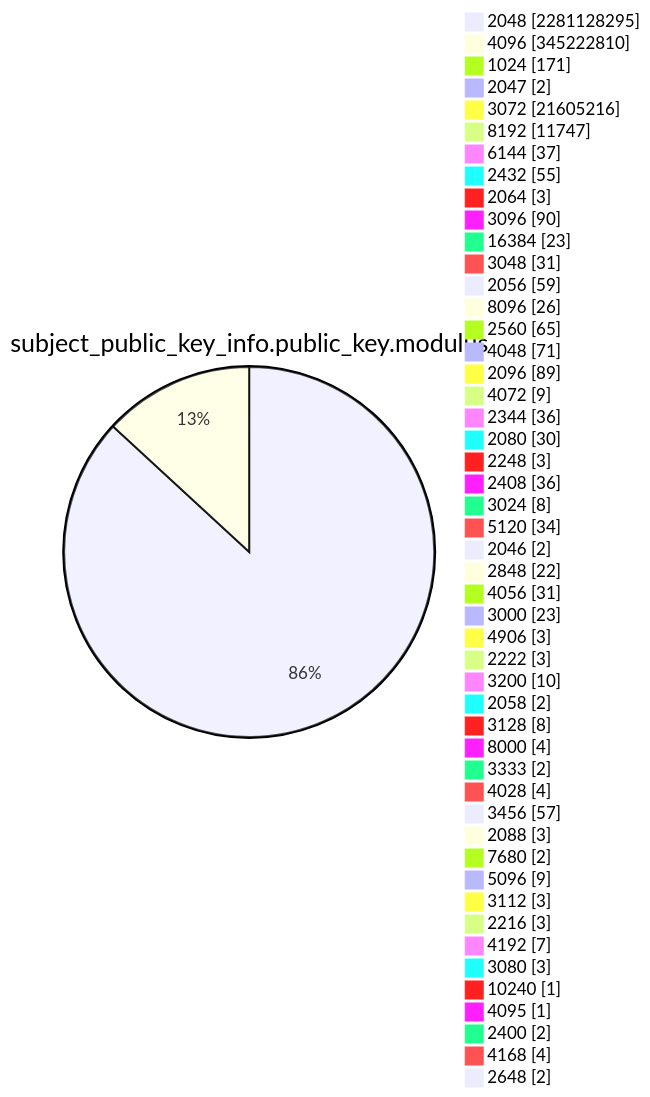
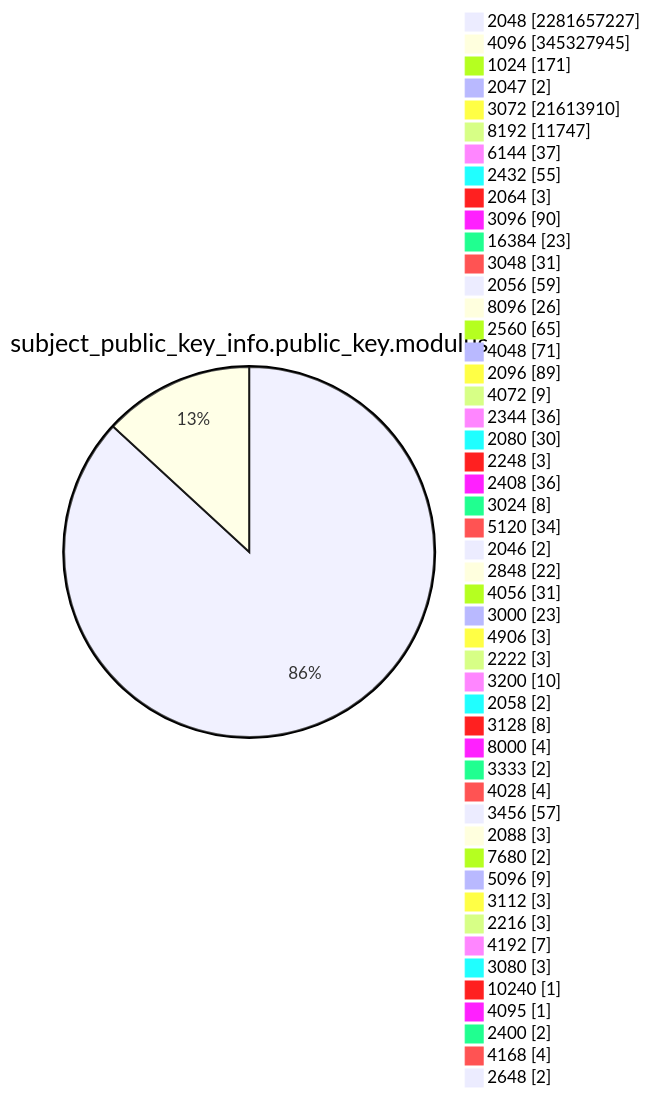
Diagram 13 of 15 in TOTAL/README.md (christiankrug/ctmonitor_visualization), drawn with Mermaid before and after one commit. The commit also changed other lines of this file, not shown here.

````diff
--- a/TOTAL/README.md
+++ b/TOTAL/README.md
@@ -4165,53 +4165,53 @@
 ```mermaid
 pie showData
 title subject_public_key_info.public_key.modulus
-"2048" :2281128295
-"4096" :345222810
+"2048" :2281657227
+"4096" :345327945
 "1024" :171
 "2047" :2
-"3072" :21605216
+"3072" :21613910
 "8192" :11747
 "6144" :37
 "2432" :55
 "2064" :3
 "3096" :90
 "16384" :23
 "3048" :31
 "2056" :59
 "8096" :26
 "2560" :65
 "4048" :71
 "2096" :89
 "4072" :9
 "2344" :36
 "2080" :30
 "2248" :3
 "2408" :36
 "3024" :8
 "5120" :34
 "2046" :2
 "2848" :22
 "4056" :31
 "3000" :23
 "4906" :3
 "2222" :3
 "3200" :10
 "2058" :2
 "3128" :8
 "8000" :4
 "3333" :2
 "4028" :4
 "3456" :57
 "2088" :3
 "7680" :2
 "5096" :9
 "3112" :3
 "2216" :3
 "4192" :7
 "3080" :3
 "10240" :1
 "4095" :1
 "2400" :2
 "4168" :4
 "2648" :2
 ```
````
